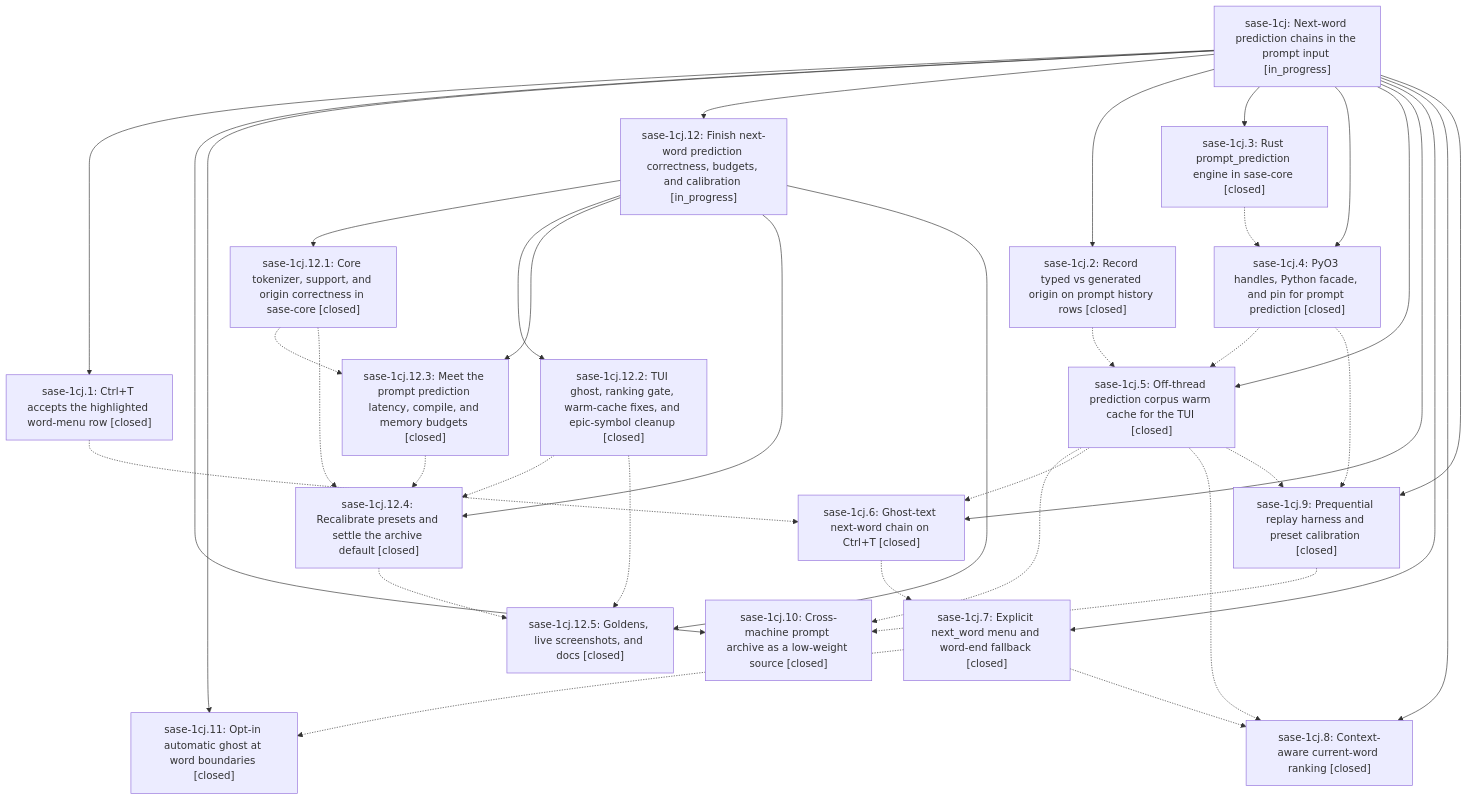
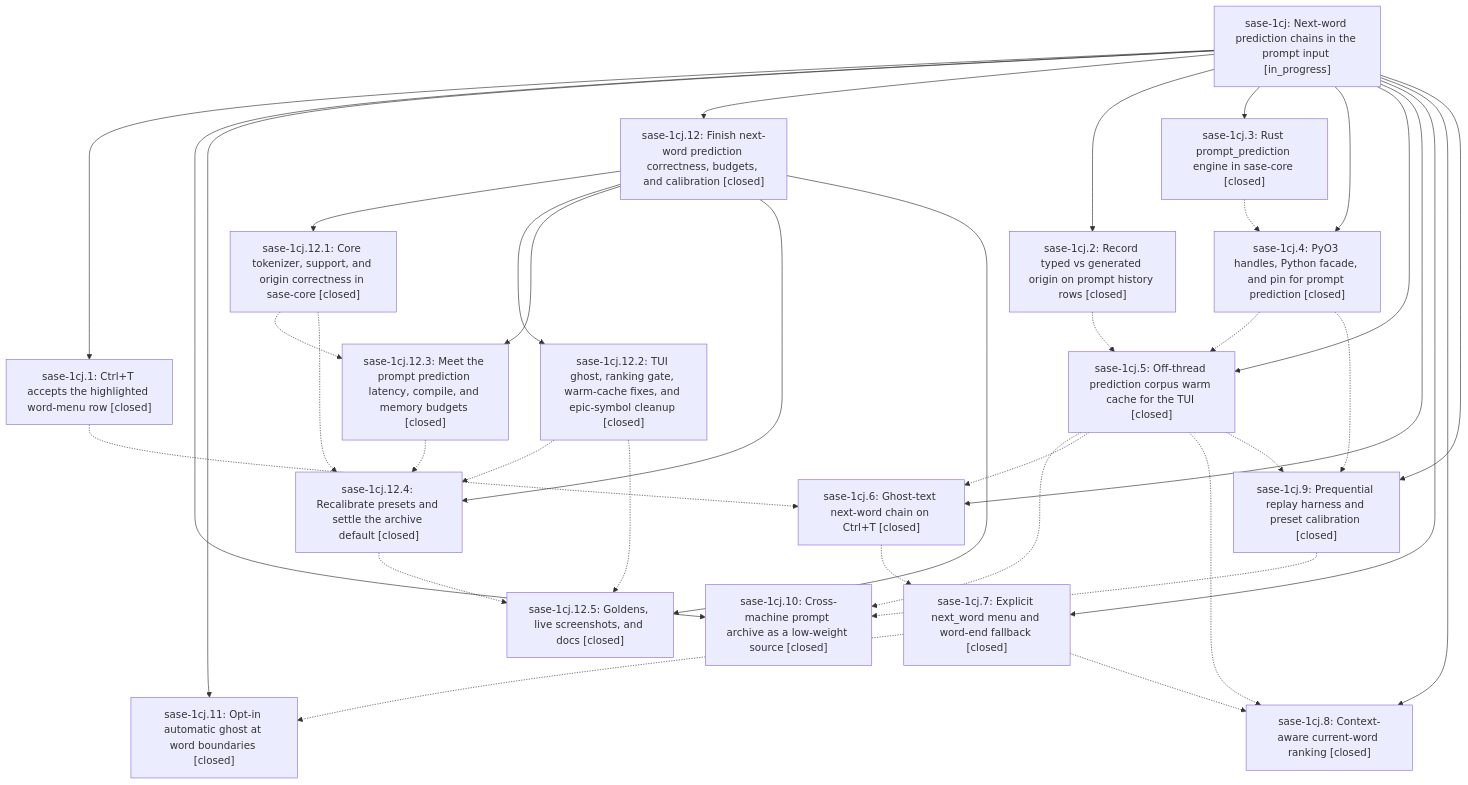
The diagram in pages/sase-1cj/README.md (sase-org/sase--beads), drawn with Mermaid before and after one commit. The commit also changed other lines of this file and 2 other files, not shown here.

First line of the commit message:
chore(beads): sync bead state and pages for sase-1cj

````diff
--- a/pages/sase-1cj/README.md
+++ b/pages/sase-1cj/README.md
@@ -52,57 +56,57 @@
 ```mermaid
 flowchart TD
     n0["sase-1cj: Next-word prediction chains in the prompt input [in_progress]"]
     n1["sase-1cj.1: Ctrl+T accepts the highlighted word-menu row [closed]"]
     n2["sase-1cj.10: Cross-machine prompt archive as a low-weight source [closed]"]
     n3["sase-1cj.11: Opt-in automatic ghost at word boundaries [closed]"]
-    n4["sase-1cj.12: Finish next-word prediction correctness, budgets, and calibration [in_progress]"]
+    n4["sase-1cj.12: Finish next-word prediction correctness, budgets, and calibration [closed]"]
     n5["sase-1cj.12.1: Core tokenizer, support, and origin correctness in sase-core [closed]"]
     n6["sase-1cj.12.2: TUI ghost, ranking gate, warm-cache fixes, and epic-symbol cleanup [closed]"]
     n7["sase-1cj.12.3: Meet the prompt prediction latency, compile, and memory budgets [closed]"]
     n8["sase-1cj.12.4: Recalibrate presets and settle the archive default [closed]"]
     n9["sase-1cj.12.5: Goldens, live screenshots, and docs [closed]"]
     n10["sase-1cj.2: Record typed vs generated origin on prompt history rows [closed]"]
     n11["sase-1cj.3: Rust prompt_prediction engine in sase-core [closed]"]
     n12["sase-1cj.4: PyO3 handles, Python facade, and pin for prompt prediction [closed]"]
     n13["sase-1cj.5: Off-thread prediction corpus warm cache for the TUI [closed]"]
     n14["sase-1cj.6: Ghost-text next-word chain on Ctrl+T [closed]"]
     n15["sase-1cj.7: Explicit next_word menu and word-end fallback [closed]"]
     n16["sase-1cj.8: Context-aware current-word ranking [closed]"]
     n17["sase-1cj.9: Prequential replay harness and preset calibration [closed]"]
     n0 --> n1
     n0 --> n2
     n0 --> n3
     n0 --> n4
     n4 --> n5
     n4 --> n6
     n4 --> n7
     n4 --> n8
     n4 --> n9
     n0 --> n10
     n0 --> n11
     n0 --> n12
     n0 --> n13
     n0 --> n14
     n0 --> n15
     n0 --> n16
     n0 --> n17
     n1 -.-> n14
     n5 -.-> n7
     n5 -.-> n8
     n6 -.-> n8
     n6 -.-> n9
     n7 -.-> n8
     n8 -.-> n9
     n10 -.-> n13
     n11 -.-> n12
     n12 -.-> n13
     n12 -.-> n17
     n13 -.-> n2
     n13 -.-> n14
     n13 -.-> n16
     n13 -.-> n17
     n14 -.-> n15
     n15 -.-> n3
     n15 -.-> n16
     n17 -.-> n2
 ```
````
